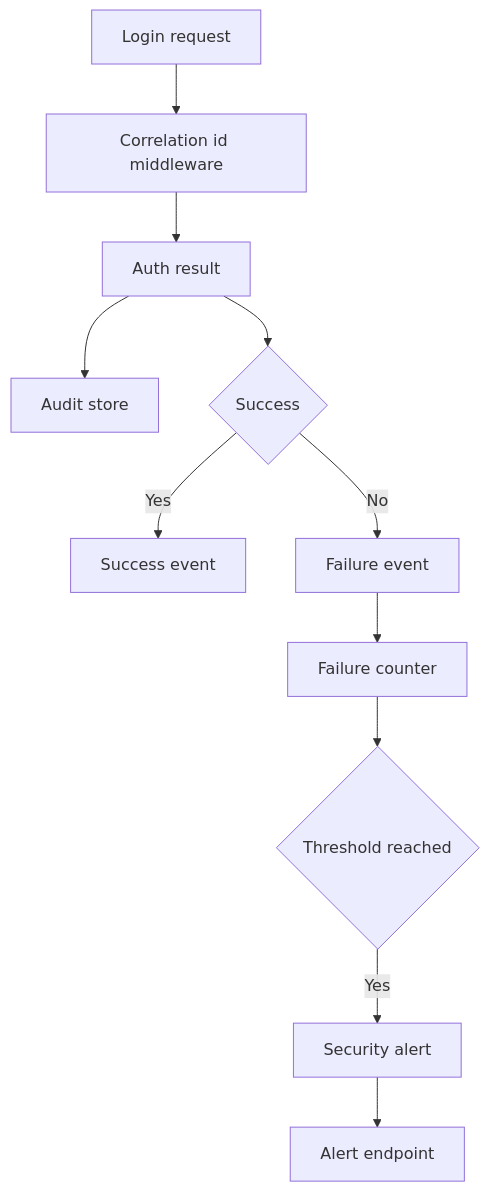
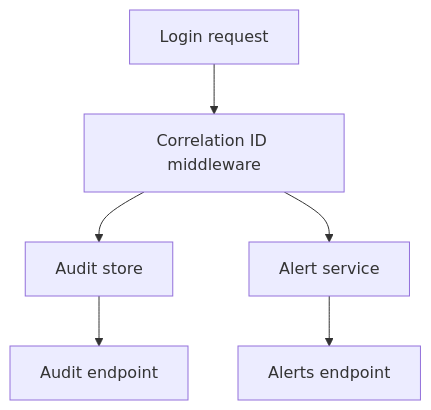
The diagram in 08/README.md (lthobois/sdne), drawn with Mermaid before and after one commit. The commit also changed other lines of this file and 11 other files, not shown here.

````diff
--- a/08/README.md
+++ b/08/README.md
@@ -114,13 +114,8 @@
 ```mermaid
-graph TD
-  N1[Login request] --> N2[Correlation id middleware]
-  N2 --> N3[Auth result]
-  N3 --> N4[Audit store]
-  N3 --> N5{Success}
-  N5 -- Yes --> N6[Success event]
-  N5 -- No --> N7[Failure event]
-  N7 --> N8[Failure counter]
-  N8 --> N9{Threshold reached}
-  N9 -- Yes --> N10[Security alert]
-  N10 --> N11[Alert endpoint]
+flowchart TD
+    A[Login request] --> B[Correlation ID middleware]
+    B --> C[Audit store]
+    B --> D[Alert service]
+    C --> E[Audit endpoint]
+    D --> F[Alerts endpoint]
 ```
````
